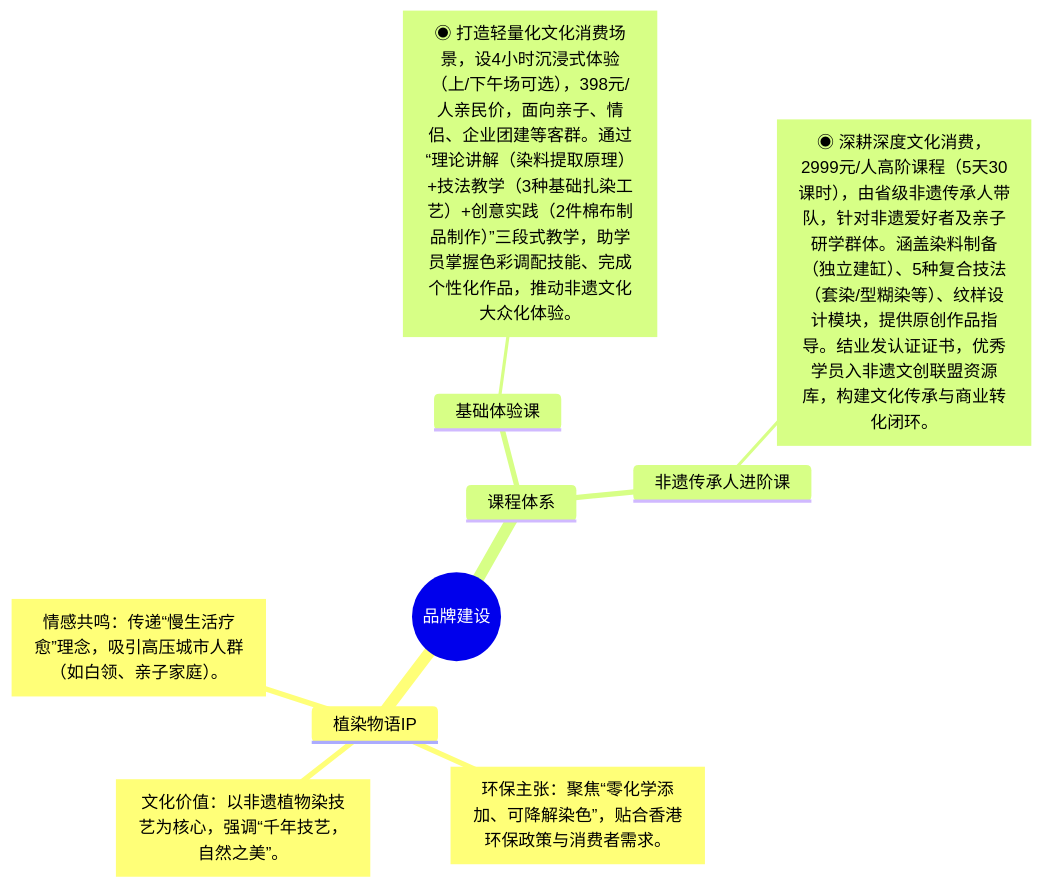
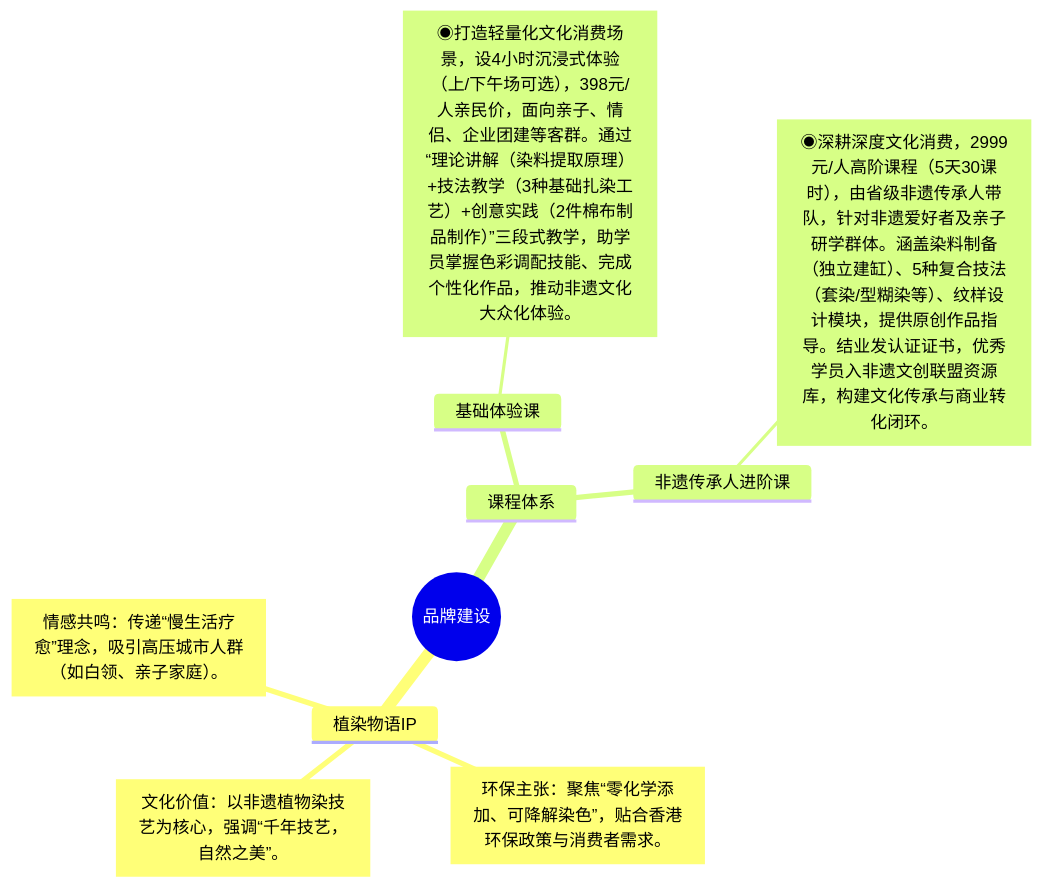
The first of 4 diagrams in README.md (NaturalRice/git-demo), drawn with Mermaid before and after one commit.

````diff
--- a/README.md
+++ b/README.md
@@ -4,14 +4,14 @@
 ```mermaid
 mindmap
   root((品牌建设))
     植染物语IP
       :::icon
       ["文化价值：以非遗植物染技艺为核心，强调“千年技艺，自然之美”。"]
       ["环保主张：聚焦“零化学添加、可降解染色”，贴合香港环保政策与消费者需求。"]
       ["情感共鸣：传递“慢生活疗愈”理念，吸引高压城市人群（如白领、亲子家庭）。"]
     课程体系
       基础体验课
-        ["◉ 打造轻量化文化消费场景，设4小时沉浸式体验（上/下午场可选），398元/人亲民价，面向亲子、情侣、企业团建等客群。通过“理论讲解（染料提取原理）+技法教学（3种基础扎染工艺）+创意实践（2件棉布制品制作）”三段式教学，助学员掌握色彩调配技能、完成个性化作品，推动非遗文化大众化体验。"]
+        ["◉打造轻量化文化消费场景，设4小时沉浸式体验（上/下午场可选），398元/人亲民价，面向亲子、情侣、企业团建等客群。通过“理论讲解（染料提取原理）+技法教学（3种基础扎染工艺）+创意实践（2件棉布制品制作）”三段式教学，助学员掌握色彩调配技能、完成个性化作品，推动非遗文化大众化体验。"]
       非遗传承人进阶课
-        ["◉ 深耕深度文化消费，2999元/人高阶课程（5天30课时），由省级非遗传承人带队，针对非遗爱好者及亲子研学群体。涵盖染料制备（独立建缸）、5种复合技法（套染/型糊染等）、纹样设计模块，提供原创作品指导。结业发认证证书，优秀学员入非遗文创联盟资源库，构建文化传承与商业转化闭环。"]
+        ["◉深耕深度文化消费，2999元/人高阶课程（5天30课时），由省级非遗传承人带队，针对非遗爱好者及亲子研学群体。涵盖染料制备（独立建缸）、5种复合技法（套染/型糊染等）、纹样设计模块，提供原创作品指导。结业发认证证书，优秀学员入非遗文创联盟资源库，构建文化传承与商业转化闭环。"]
 ```
````
